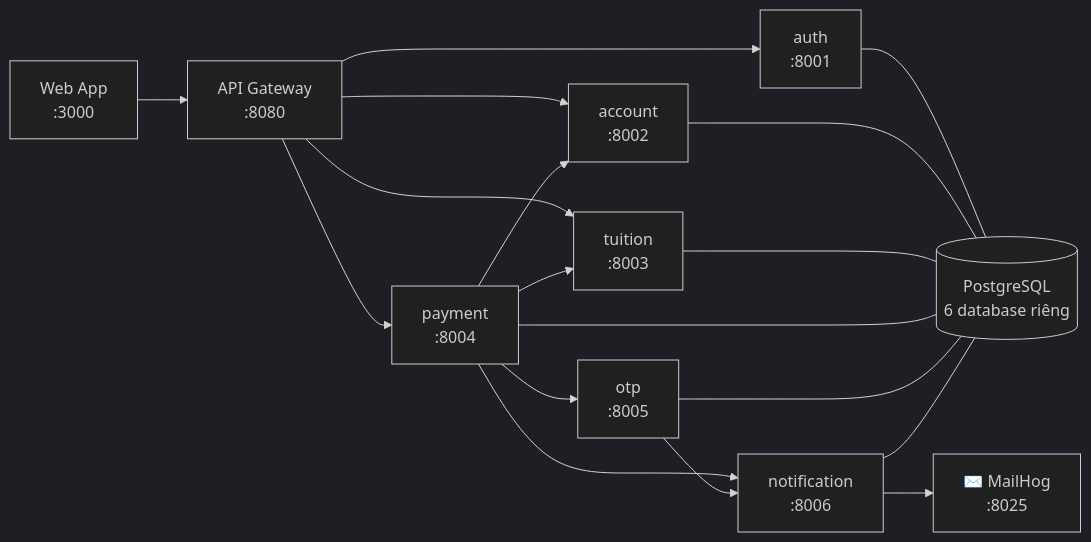
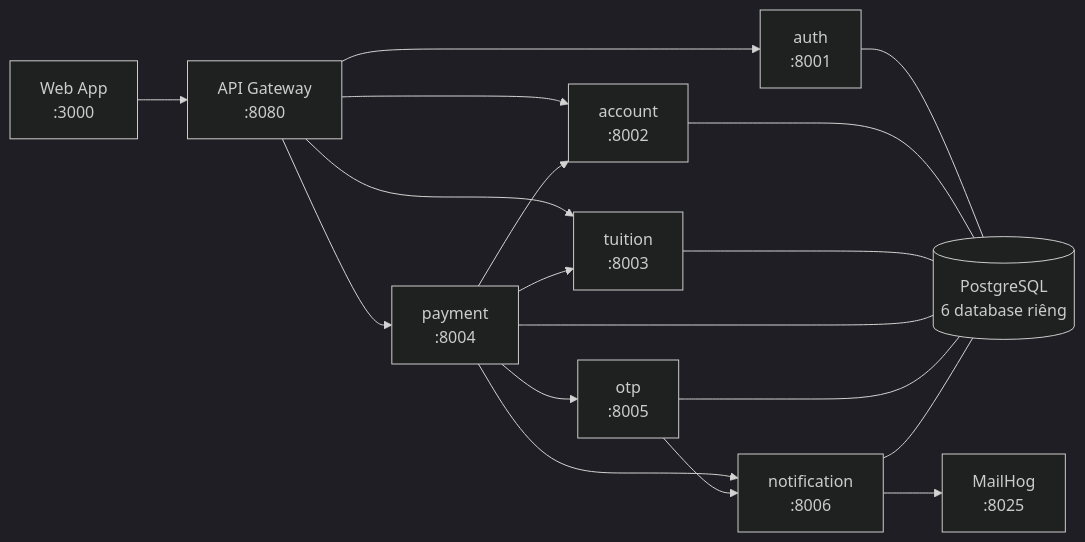
The diagram in README.md (vincentminhkarma/soa-ibanking-hoc-phi), drawn with Mermaid (dark theme) before and after one commit. The commit also changed other lines of this file and 9 other files, not shown here.

````diff
--- a/README.md
+++ b/README.md
@@ -31,13 +32,13 @@
 ```mermaid
 flowchart LR
     W["Web App<br/>:3000"] --> G["API Gateway<br/>:8080"]
     G --> A["auth<br/>:8001"] & B["account<br/>:8002"] & T["tuition<br/>:8003"] & P["payment<br/>:8004"]
     P --> B & T & O["otp<br/>:8005"] & N["notification<br/>:8006"]
-    O --> N --> M["✉️ MailHog<br/>:8025"]
+    O --> N --> M["MailHog<br/>:8025"]
     A --- DB[("PostgreSQL<br/>6 database riêng")]
     B --- DB
     T --- DB
     P --- DB
     O --- DB
     N --- DB
 ```
````
